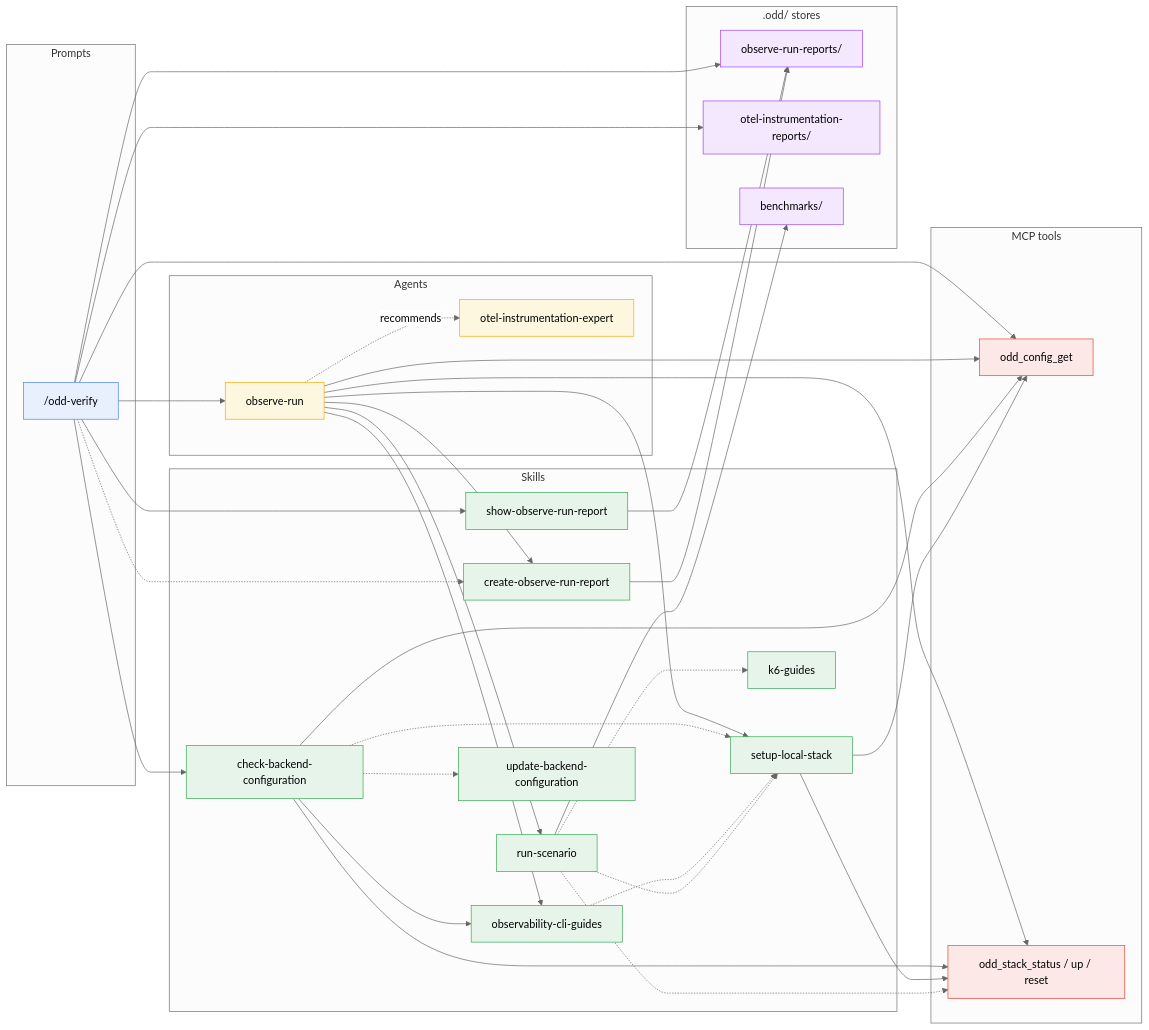
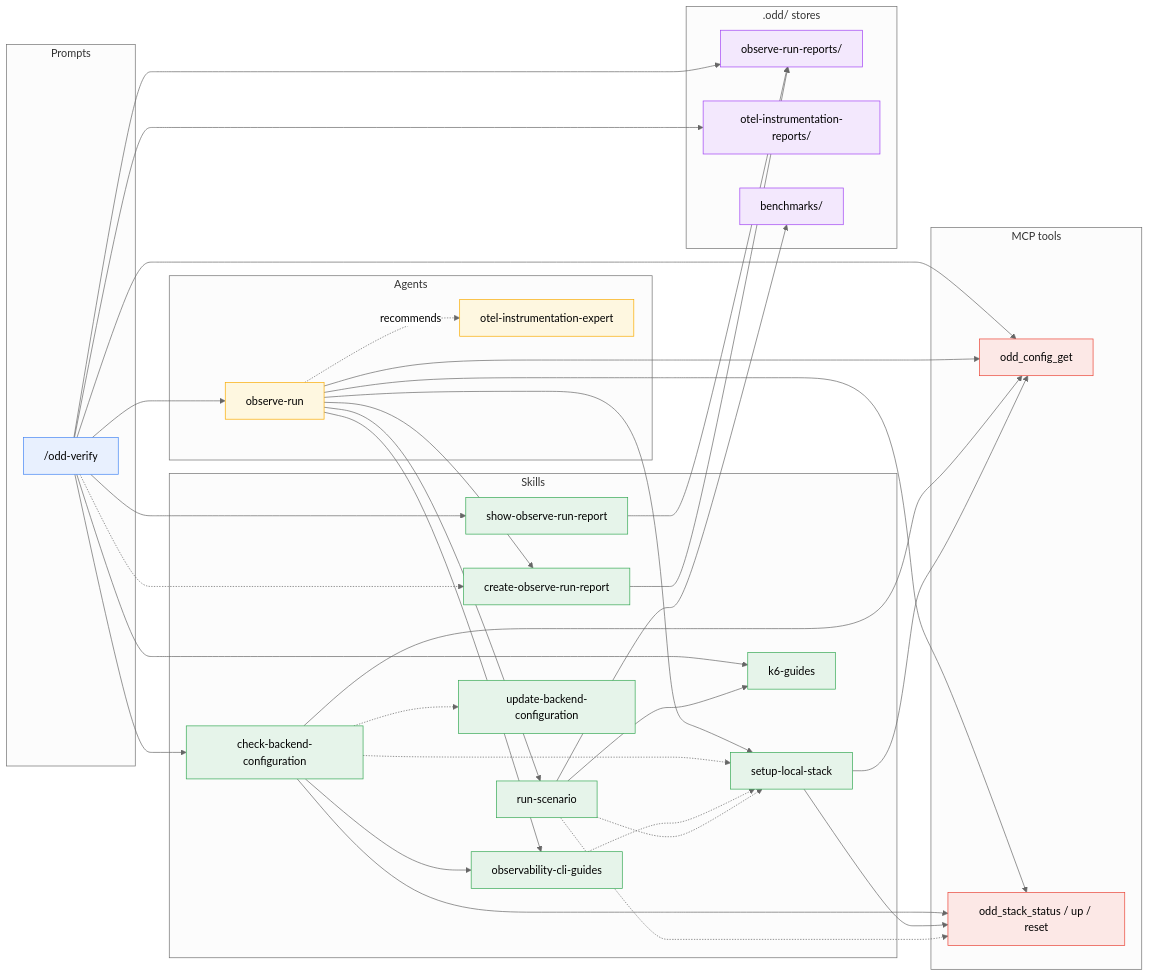
Before and after one commit to using-system/oddyssey: the fourth of 7 diagrams in docs/guide/dependencies.md, drawn with Mermaid (neutral theme). The commit also changed other lines of this file and 8 other files, not shown here.

````diff
--- a/docs/guide/dependencies.md
+++ b/docs/guide/dependencies.md
@@ -246,76 +247,77 @@
 ```mermaid
 flowchart LR
   subgraph Prompts
     verify["/odd-verify"]
   end
 
   subgraph Agents
     runner[observe-run]
     expert[otel-instrumentation-expert]
   end
 
   subgraph Skills
     cbc[check-backend-configuration]
     ocg[observability-cli-guides]
     sls[setup-local-stack]
     rs[run-scenario]
     kg[k6-guides]
     corr[create-observe-run-report]
     sorr[show-observe-run-report]
     ubc[update-backend-configuration]
   end
 
   subgraph MCP["MCP tools"]
     cfgget[odd_config_get]
     stack[odd_stack_status / up / reset]
   end
 
   subgraph Stores[".odd/ stores"]
     obsdir[observe-run-reports/]
     insdir[otel-instrumentation-reports/]
     benchdir[benchmarks/]
   end
 
   verify --> runner
   verify --> cbc
   verify --> sorr
   verify --> cfgget
+  verify --> kg
   verify -.-> corr
   verify --> obsdir
   verify --> insdir
   sorr --> obsdir
 
   runner --> ocg
   runner --> sls
   runner --> rs
   runner --> corr
   runner --> cfgget
   runner --> stack
   runner -. recommends .-> expert
 
   cbc -.-> sls
   cbc -.-> ubc
   cbc --> ocg
   cbc --> cfgget
   cbc --> stack
   ocg -.-> sls
   sls --> cfgget
   sls --> stack
   rs -.-> stack
   rs -.-> sls
-  rs -.-> kg
+  rs --> kg
   rs --> benchdir
 
   corr --> obsdir
 
   classDef prompt fill:#e8f0fe,stroke:#4285f4
   classDef agent fill:#fef7e0,stroke:#f9ab00
   classDef skill fill:#e6f4ea,stroke:#34a853
   classDef mcp fill:#fce8e6,stroke:#ea4335
   classDef store fill:#f3e8fd,stroke:#a142f4
   class verify prompt
   class runner,expert agent
   class cbc,ocg,sls,rs,kg,corr,sorr,ubc skill
   class cfgget,stack mcp
   class obsdir,insdir,benchdir store
 ```
````
